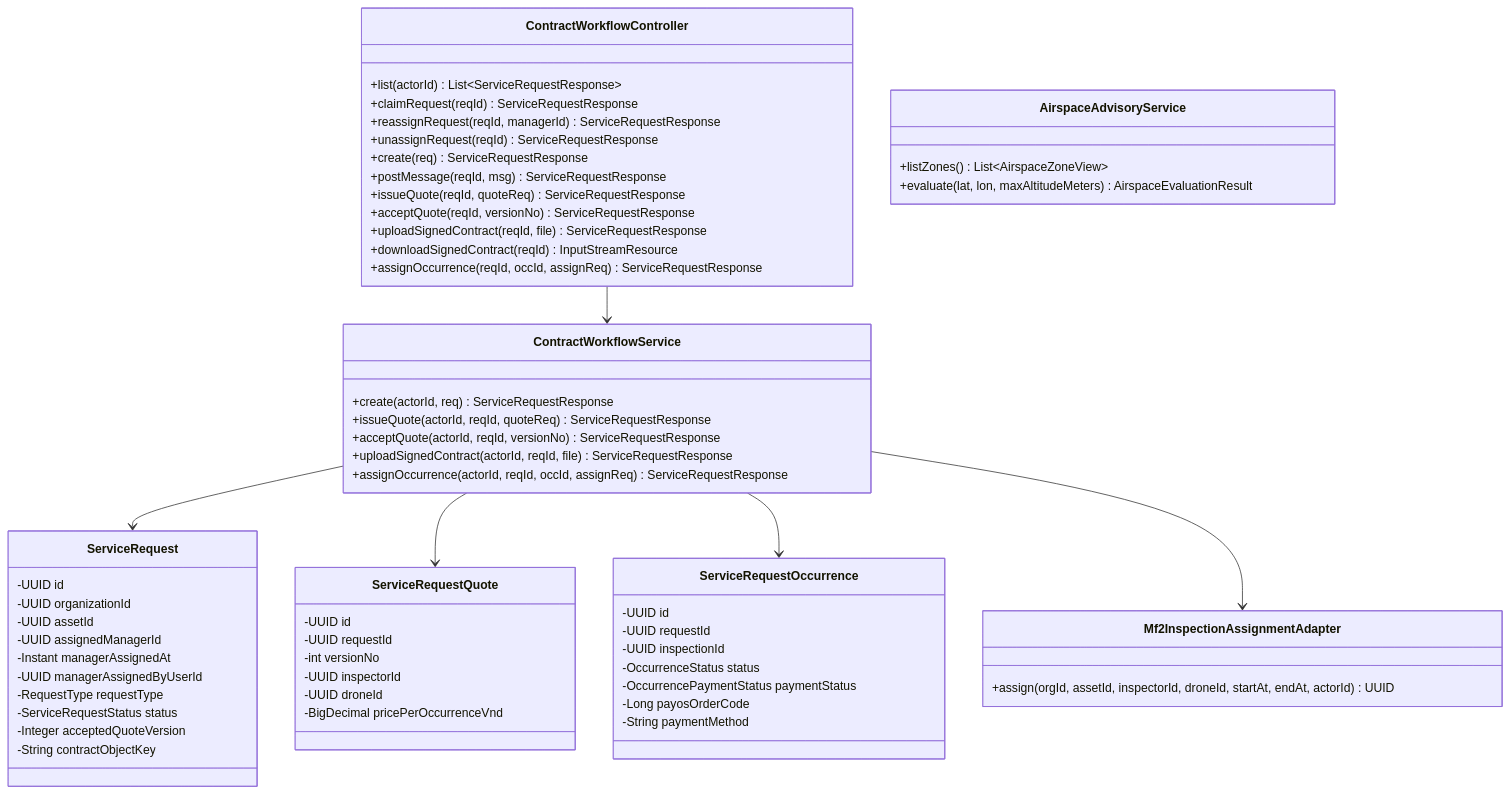
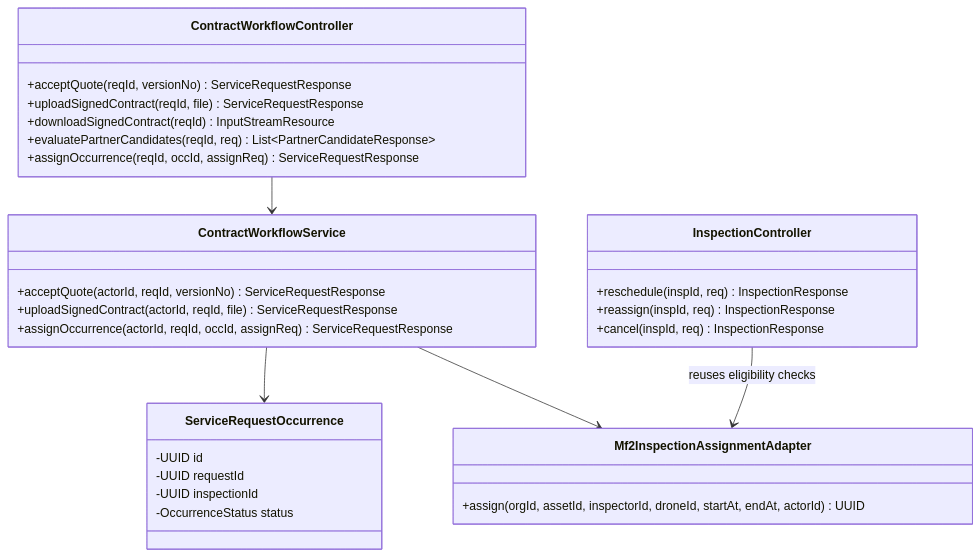
One commit to tungbach12/SmartDroneInspection-Docs changed the ninth of 22 diagrams in reports/report-4-software-design-document/03-detailed-design.md. Above: the diagram before and after it, drawn with Mermaid. The commit also changed other lines of this file and 139 other files, not shown here.

Commit message:
docs(reports,diagrams): split 24-feature reports and reorganize type-specific draw.io diagrams

````diff
--- a/reports/report-4-software-design-document/03-detailed-design.md
+++ b/reports/report-4-software-design-document/03-detailed-design.md
@@ -525,65 +481,34 @@
 ```mermaid
-%% title: FE-04 Service Request, Quotation, Signed Contract and Dispatch Class Diagram
+%% title: FE-09 Signed Contract Upload, Occurrence Dispatch and Recovery Class Diagram
 classDiagram
   class ContractWorkflowController {
-    +list(actorId) List~ServiceRequestResponse~
-    +claimRequest(reqId) ServiceRequestResponse
-    +reassignRequest(reqId, managerId) ServiceRequestResponse
-    +unassignRequest(reqId) ServiceRequestResponse
-    +create(req) ServiceRequestResponse
-    +postMessage(reqId, msg) ServiceRequestResponse
-    +issueQuote(reqId, quoteReq) ServiceRequestResponse
     +acceptQuote(reqId, versionNo) ServiceRequestResponse
     +uploadSignedContract(reqId, file) ServiceRequestResponse
     +downloadSignedContract(reqId) InputStreamResource
+    +evaluatePartnerCandidates(reqId, req) List~PartnerCandidateResponse~
     +assignOccurrence(reqId, occId, assignReq) ServiceRequestResponse
   }
   class ContractWorkflowService {
-    +create(actorId, req) ServiceRequestResponse
-    +issueQuote(actorId, reqId, quoteReq) ServiceRequestResponse
     +acceptQuote(actorId, reqId, versionNo) ServiceRequestResponse
     +uploadSignedContract(actorId, reqId, file) ServiceRequestResponse
     +assignOccurrence(actorId, reqId, occId, assignReq) ServiceRequestResponse
   }
   class Mf2InspectionAssignmentAdapter {
     +assign(orgId, assetId, inspectorId, droneId, startAt, endAt, actorId) UUID
   }
-  class AirspaceAdvisoryService {
-    +listZones() List~AirspaceZoneView~
-    +evaluate(lat, lon, maxAltitudeMeters) AirspaceEvaluationResult
-  }
-  class ServiceRequest {
-    -UUID id
-    -UUID organizationId
-    -UUID assetId
-    -UUID assignedManagerId
-    -Instant managerAssignedAt
-    -UUID managerAssignedByUserId
-    -RequestType requestType
-    -ServiceRequestStatus status
-    -Integer acceptedQuoteVersion
-    -String contractObjectKey
-  }
-  class ServiceRequestQuote {
-    -UUID id
-    -UUID requestId
-    -int versionNo
-    -UUID inspectorId
-    -UUID droneId
-    -BigDecimal pricePerOccurrenceVnd
+  class InspectionController {
+    +reschedule(inspId, req) InspectionResponse
+    +reassign(inspId, req) InspectionResponse
+    +cancel(inspId, req) InspectionResponse
   }
   class ServiceRequestOccurrence {
     -UUID id
     -UUID requestId
     -UUID inspectionId
     -OccurrenceStatus status
-    -OccurrencePaymentStatus paymentStatus
-    -Long payosOrderCode
-    -String paymentMethod
   }
   ContractWorkflowController --> ContractWorkflowService
-  ContractWorkflowService --> ServiceRequest
-  ContractWorkflowService --> ServiceRequestQuote
   ContractWorkflowService --> ServiceRequestOccurrence
   ContractWorkflowService --> Mf2InspectionAssignmentAdapter
+  InspectionController --> Mf2InspectionAssignmentAdapter : reuses eligibility checks
 ```
````
